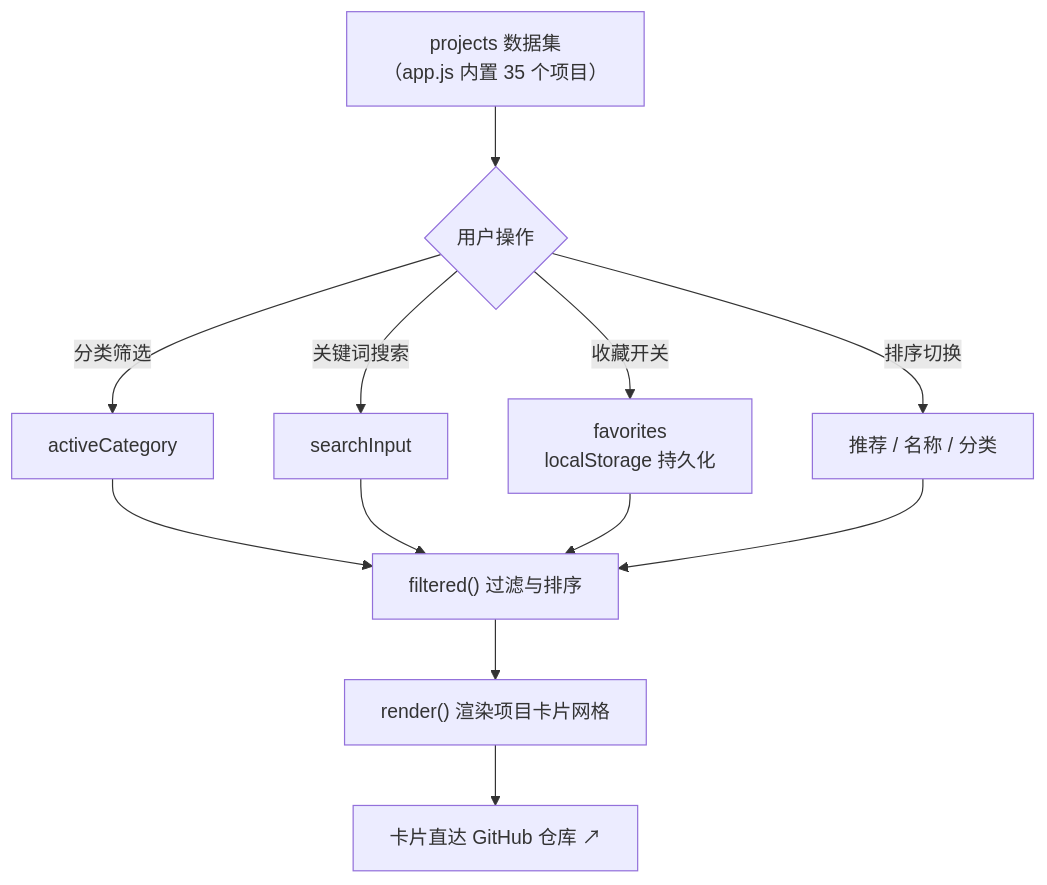
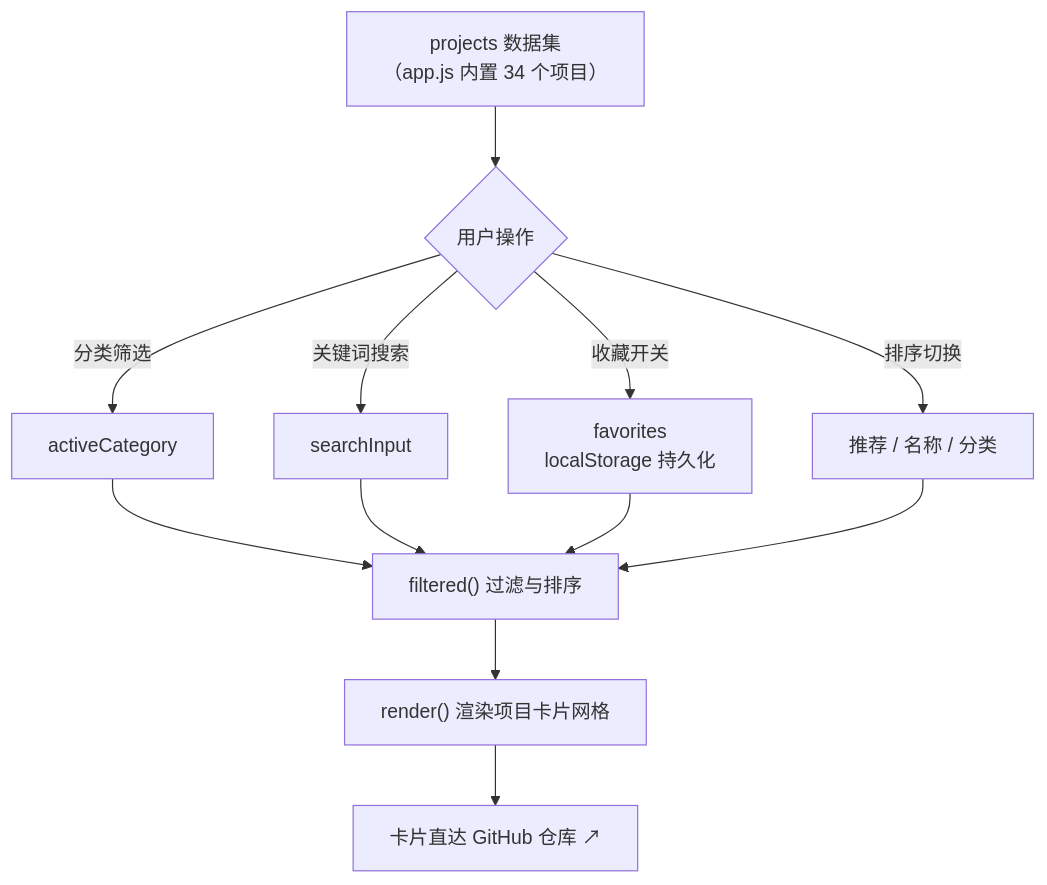
Before and after one commit to JingHao-Leon/ai-oss-radar: the diagram in README.md, drawn with Mermaid. The commit also changed other lines of this file and 4 other files, not shown here.

Commit message:
docs: 修正项目数 35→34，新增真实运行截图与分类名对齐

````diff
--- a/README.md
+++ b/README.md
@@ -68,11 +74,11 @@
 ```mermaid
 flowchart TD
-    A["projects 数据集<br/>（app.js 内置 35 个项目）"] --> B{用户操作}
+    A["projects 数据集<br/>（app.js 内置 34 个项目）"] --> B{用户操作}
     B -->|分类筛选| C["activeCategory"]
     B -->|关键词搜索| D["searchInput"]
     B -->|收藏开关| E["favorites<br/>localStorage 持久化"]
     B -->|排序切换| F["推荐 / 名称 / 分类"]
     C & D & E & F --> G["filtered() 过滤与排序"]
     G --> H["render() 渲染项目卡片网格"]
     H --> I["卡片直达 GitHub 仓库 ↗"]
 ```
````
